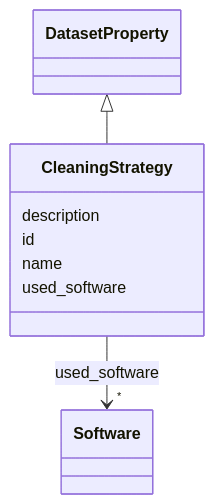
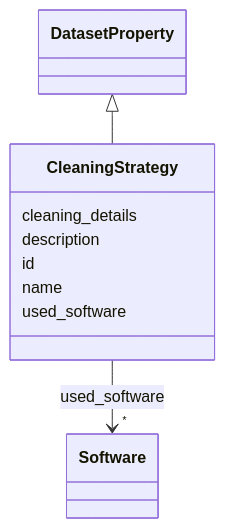
The diagram in docs/CleaningStrategy.md (bridge2ai/data-sheets-schema), drawn with Mermaid before and after one commit. The commit also changed other lines of this file and 682 other files, not shown here.

````diff
--- a/docs/CleaningStrategy.md
+++ b/docs/CleaningStrategy.md
@@ -20,26 +20,28 @@
 ```mermaid
  classDiagram
     class CleaningStrategy
     click CleaningStrategy href "../CleaningStrategy/"
       DatasetProperty <|-- CleaningStrategy
         click DatasetProperty href "../DatasetProperty/"
       
+      CleaningStrategy : cleaning_details
+        
       CleaningStrategy : description
         
       CleaningStrategy : id
         
       CleaningStrategy : name
         
       CleaningStrategy : used_software
         
           
     
         
         
         CleaningStrategy --> "*" Software : used_software
         click Software href "../Software/"
     
 
         
       
 ```
````
